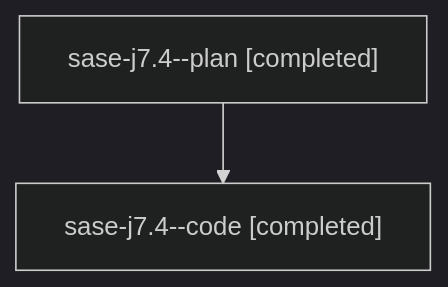
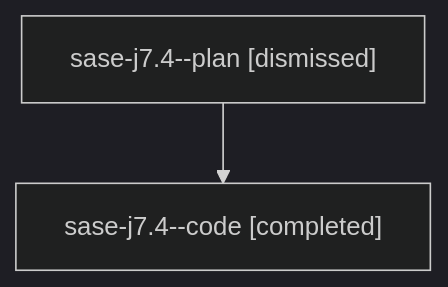
Before and after one commit to sase-org/sase--agents: the diagram in families/bbugyi200.athena.sase-j7.4.md, drawn with Mermaid (dark theme). The commit also changed other lines of this file and 1973 other files, not shown here.

````diff
--- a/families/bbugyi200.athena.sase-j7.4.md
+++ b/families/bbugyi200.athena.sase-j7.4.md
@@ -9,6 +9,6 @@
 ```mermaid
 flowchart TD
-  n0["sase-j7.4--plan [completed]"]
+  n0["sase-j7.4--plan [dismissed]"]
   n1["sase-j7.4--code [completed]"]
   n0 --> n1
 ```
````
